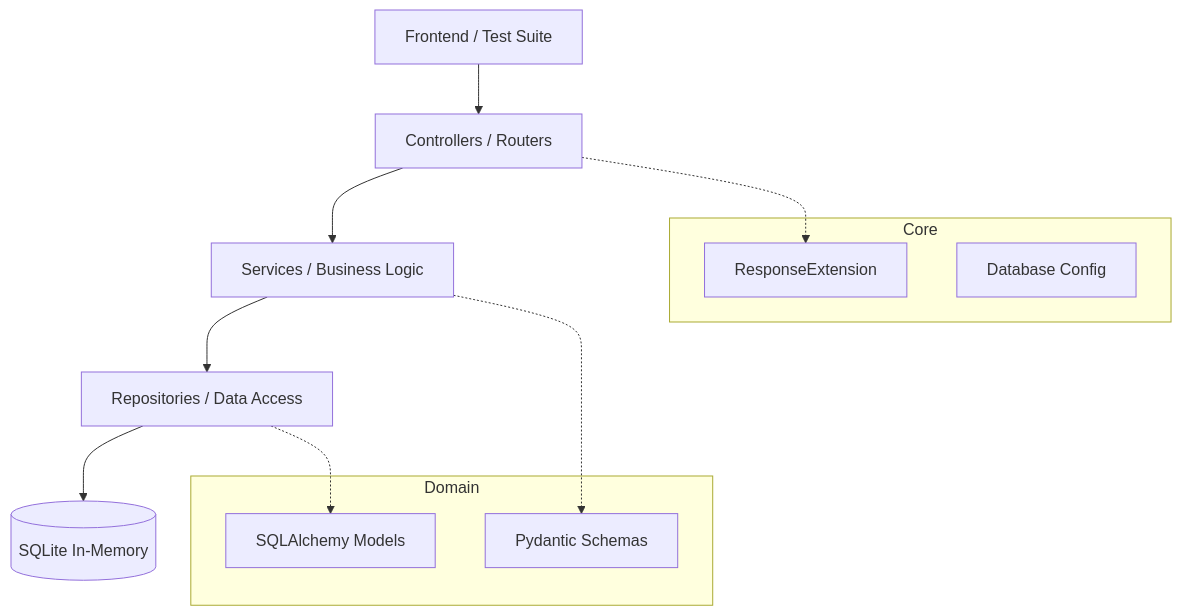
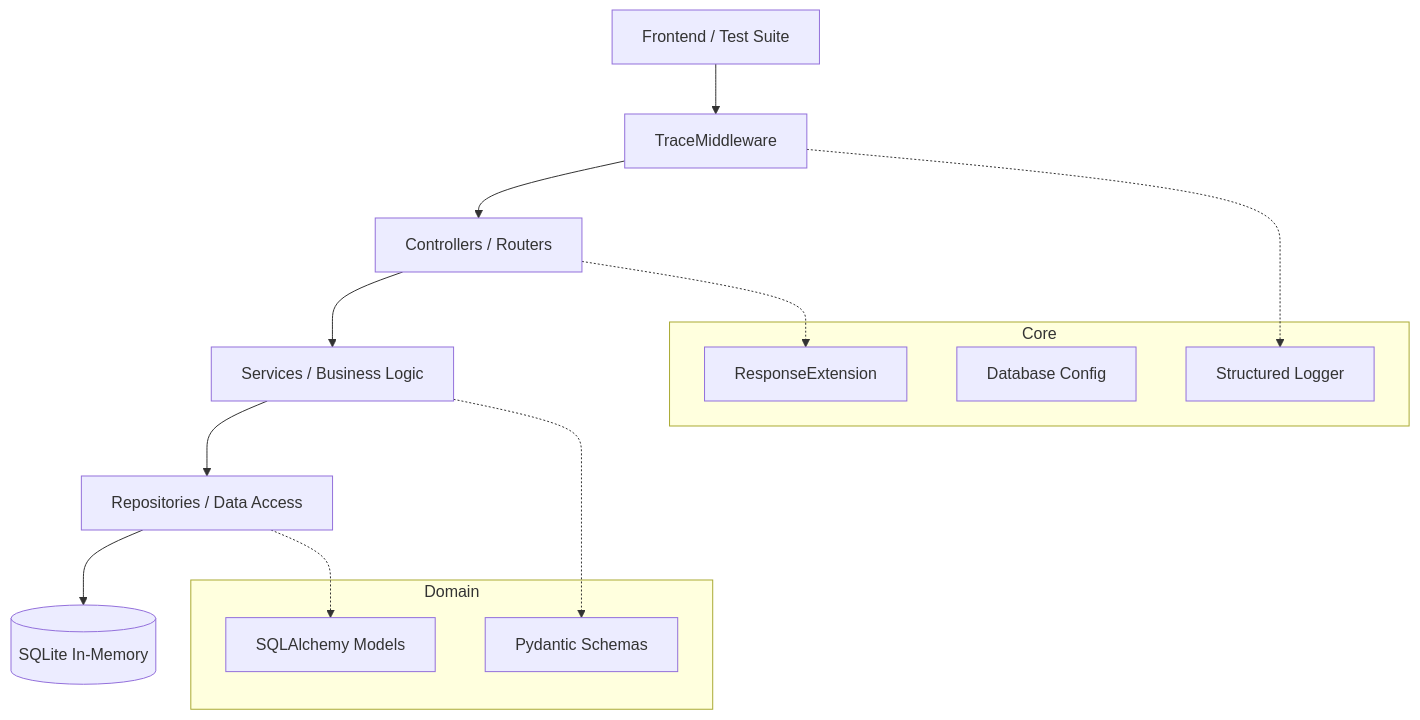
The diagram in README.md (CarlosPaltrinieri/MeliHackerRank), drawn with Mermaid before and after one commit.

Commit message:
docs: update architecture diagram with middleware

````diff
--- a/README.md
+++ b/README.md
@@ -11,21 +11,24 @@
 ```mermaid
 graph TD
-    Client[Frontend / Test Suite] --> Controller[Controllers / Routers]
+    Client[Frontend / Test Suite] --> Middleware[TraceMiddleware]
+    Middleware --> Controller[Controllers / Routers]
     Controller --> Service[Services / Business Logic]
     Service --> Repository[Repositories / Data Access]
     Repository --> DB[(SQLite In-Memory)]
     
     subgraph Core
         Response[ResponseExtension]
         Config[Database Config]
+        Log[Structured Logger]
     end
     
     subgraph Domain
         Models[SQLAlchemy Models]
         Schemas[Pydantic Schemas]
     end
     
+    Middleware -.-> Log
     Controller -.-> Response
     Service -.-> Schemas
     Repository -.-> Models
 ```
````
